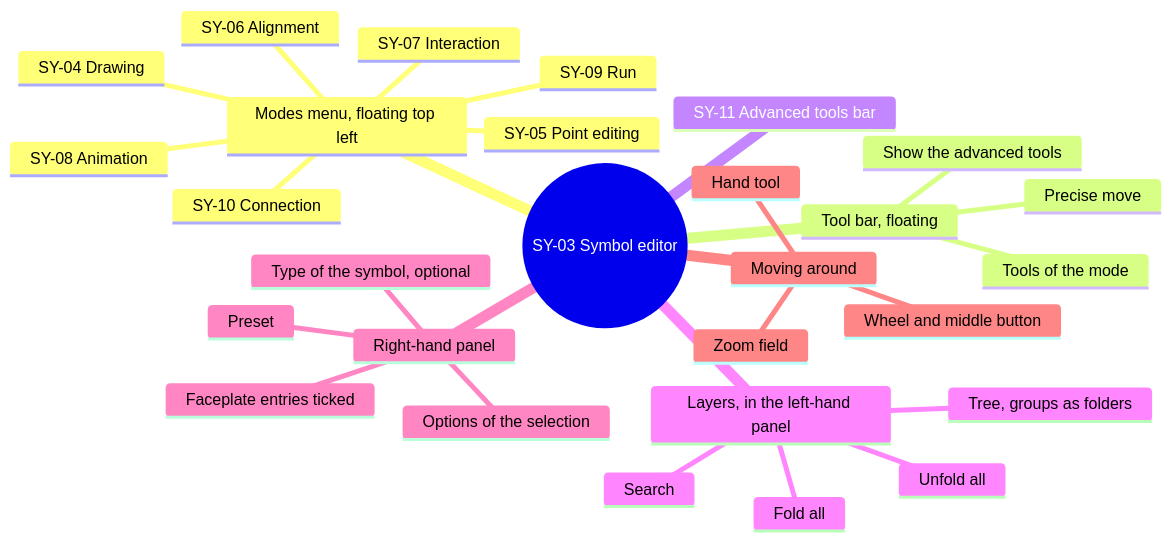
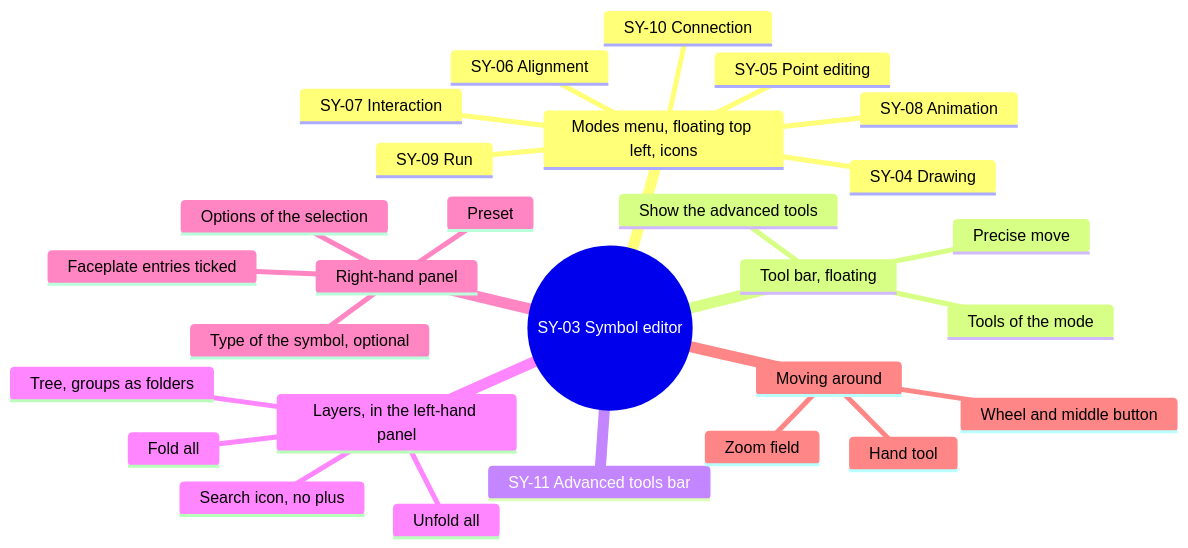
The fifth of 14 diagrams in screens/symbols.md (AlexandreGallais/synoptic-studio-spec), drawn with Mermaid before and after one commit. The commit also changed other lines of this file and 4 other files, not shown here.

First line of the commit message:
docs(symbols): search icons on list titles and an icon modes menu

````diff
--- a/screens/symbols.md
+++ b/screens/symbols.md
@@ -119,31 +119,31 @@
 ```mermaid
 mindmap
   root((SY-03 Symbol editor))
-    Modes menu, floating top left
+    Modes menu, floating top left, icons
       SY-04 Drawing
       SY-05 Point editing
+      SY-10 Connection
       SY-06 Alignment
+      SY-08 Animation
       SY-07 Interaction
-      SY-08 Animation
       SY-09 Run
-      SY-10 Connection
     Tool bar, floating
       Tools of the mode
       Show the advanced tools
       Precise move
     SY-11 Advanced tools bar
     Layers, in the left-hand panel
-      Search
+      Search icon, no plus
       Unfold all
       Fold all
       Tree, groups as folders
     Right-hand panel
       Options of the selection
       Type of the symbol, optional
       Preset
       Faceplate entries ticked
     Moving around
       Hand tool
       Wheel and middle button
       Zoom field
 ```
````
